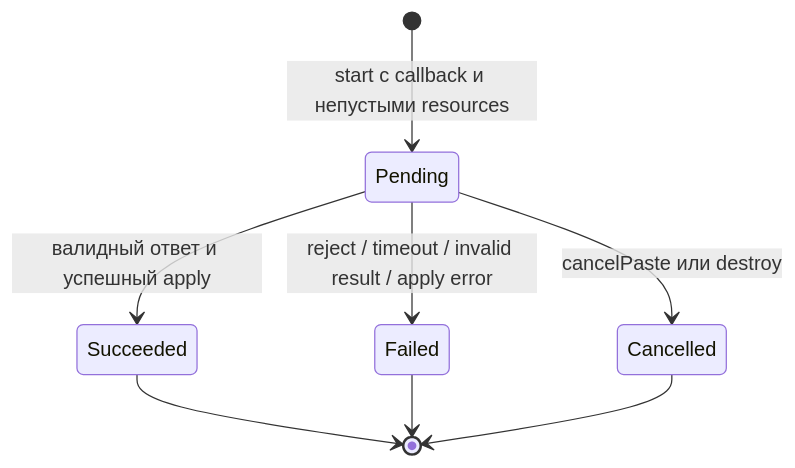
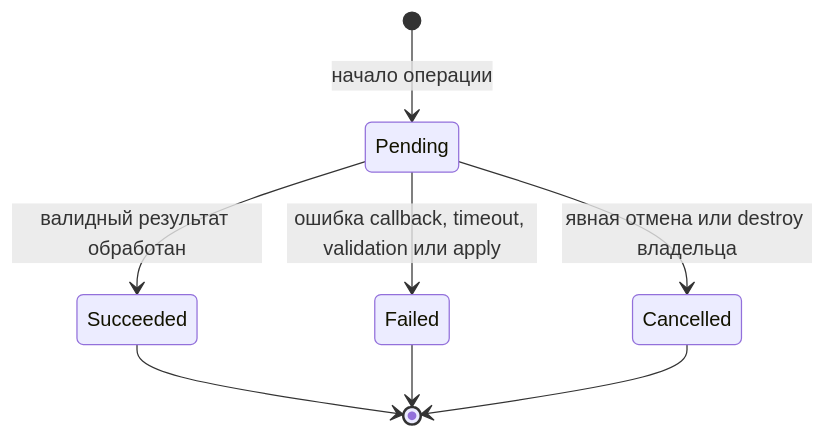
One commit to gravity-ui/markdown-editor changed the sixth of 6 diagrams in docs/pasted-resources-architecture.md. Above: the diagram before and after it, drawn with Mermaid. The commit also changed other lines of this file and 63 other files, not shown here.

````diff
--- a/docs/pasted-resources-architecture.md
+++ b/docs/pasted-resources-architecture.md
@@ -648,10 +791,10 @@
 ```mermaid
 stateDiagram-v2
-    [*] --> Pending: start с callback и непустыми resources
-    Pending --> Succeeded: валидный ответ и успешный apply
-    Pending --> Failed: reject / timeout / invalid result / apply error
-    Pending --> Cancelled: cancelPaste или destroy
+    [*] --> Pending: начало операции
+    Pending --> Succeeded: валидный результат обработан
+    Pending --> Failed: ошибка callback, timeout, validation или apply
+    Pending --> Cancelled: явная отмена или destroy владельца
     Succeeded --> [*]
     Failed --> [*]
     Cancelled --> [*]
 ```
````
